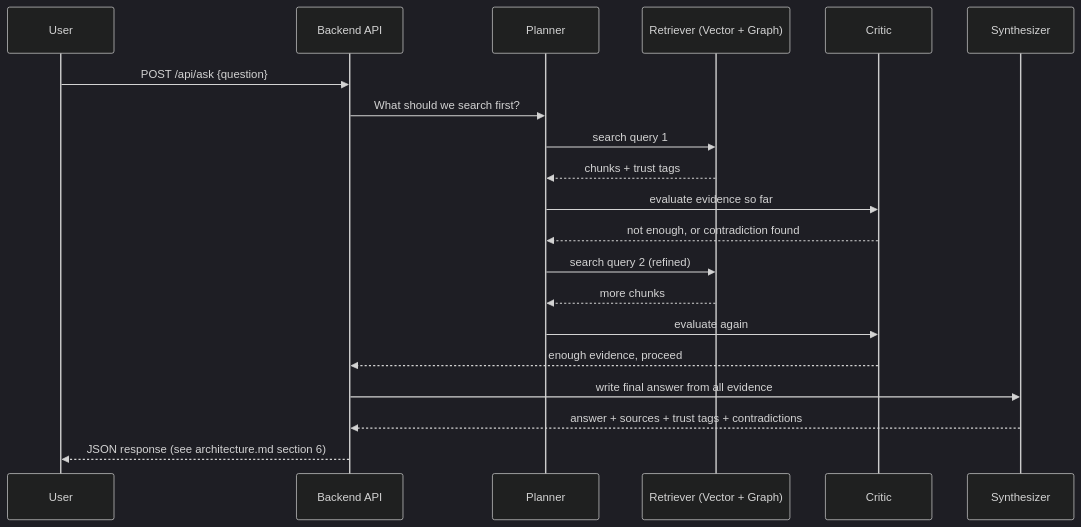
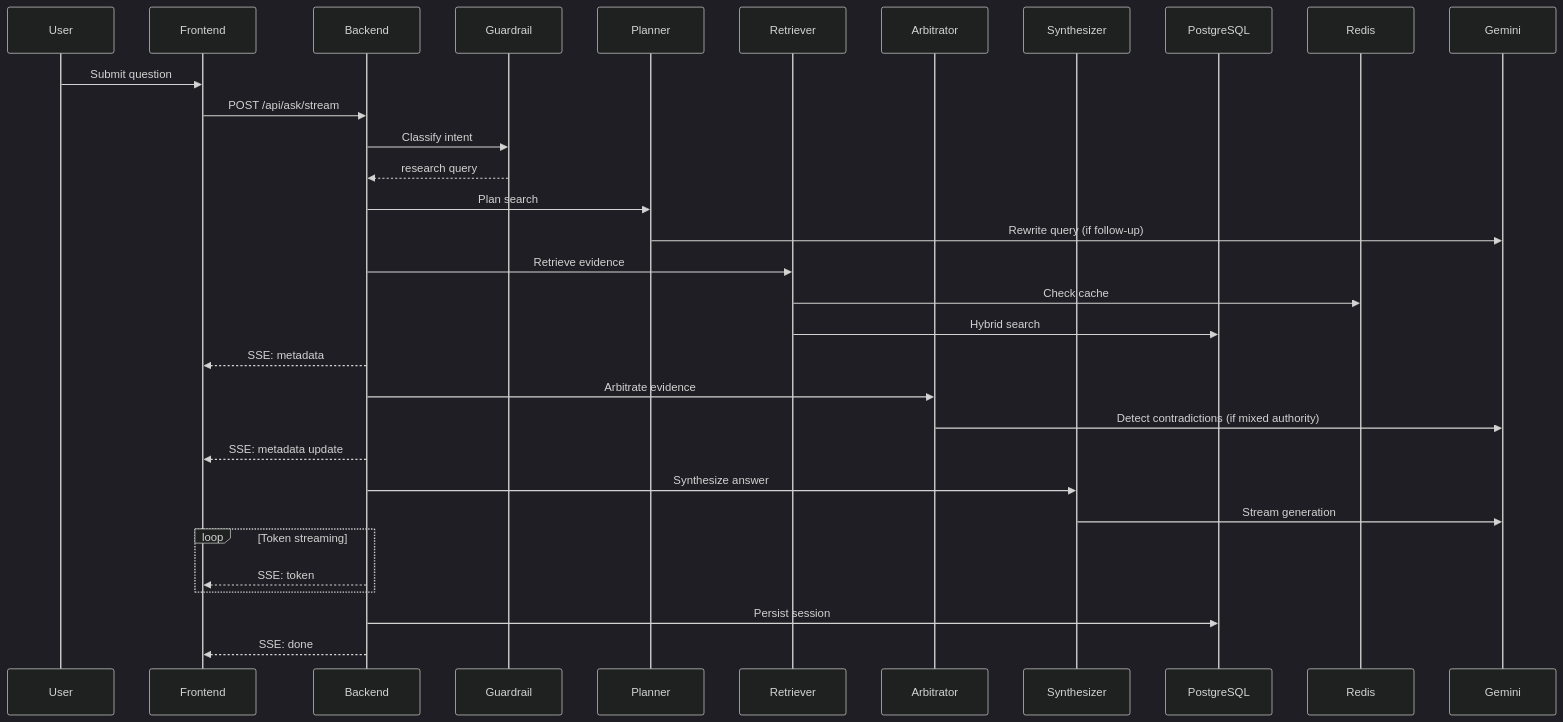
Before and after one commit to NayanthaNethsara/Hermes: the third of 3 diagrams in docs/diagrams/architecture.md, drawn with Mermaid (dark theme). The commit also changed other lines of this file and 12 other files, not shown here.

Commit message:
Remove limitations documentation, add build prompts for project scaffolding and ingestion pipeline, and introduce user flows for system interactions.

````diff
--- a/docs/diagrams/architecture.md
+++ b/docs/diagrams/architecture.md
@@ -56,23 +80,39 @@
 ```mermaid
 sequenceDiagram
     participant U as User
-    participant API as Backend API
-    participant P as Planner
-    participant R as Retriever (Vector + Graph)
-    participant C as Critic
-    participant S as Synthesizer
+    participant FE as Frontend
+    participant API as Backend
+    participant GR as Guardrail
+    participant PL as Planner
+    participant RT as Retriever
+    participant AR as Arbitrator
+    participant SY as Synthesizer
+    participant PG as PostgreSQL
+    participant RD as Redis
+    participant GM as Gemini
 
-    U->>API: POST /api/ask {question}
-    API->>P: What should we search first?
-    P->>R: search query 1
-    R-->>P: chunks + trust tags
-    P->>C: evaluate evidence so far
-    C-->>P: not enough, or contradiction found
-    P->>R: search query 2 (refined)
-    R-->>P: more chunks
-    P->>C: evaluate again
-    C-->>API: enough evidence, proceed
-    API->>S: write final answer from all evidence
-    S-->>API: answer + sources + trust tags + contradictions
-    API-->>U: JSON response (see architecture.md section 6)
+    U->>FE: Submit question
+    FE->>API: POST /api/ask/stream
+    API->>GR: Classify intent
+    GR-->>API: research query
+
+    API->>PL: Plan search
+    PL->>GM: Rewrite query (if follow-up)
+    API->>RT: Retrieve evidence
+    RT->>RD: Check cache
+    RT->>PG: Hybrid search
+    API-->>FE: SSE: metadata
+
+    API->>AR: Arbitrate evidence
+    AR->>GM: Detect contradictions (if mixed authority)
+    API-->>FE: SSE: metadata update
+
+    API->>SY: Synthesize answer
+    SY->>GM: Stream generation
+    loop Token streaming
+        API-->>FE: SSE: token
+    end
+
+    API->>PG: Persist session
+    API-->>FE: SSE: done
 ```
````
